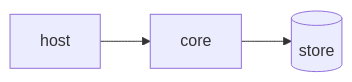
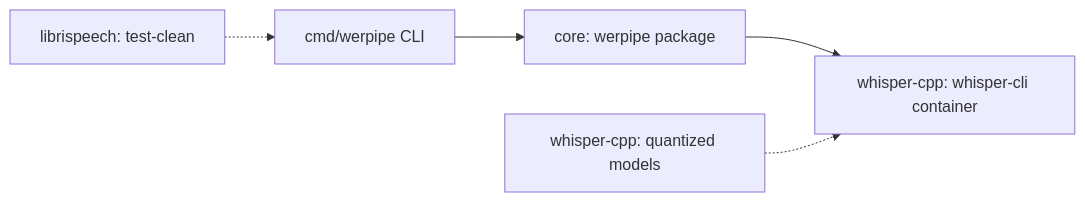
The diagram in docs/04-tradeoffs.md (yoarajota/concept-whisper-quantization-wer-degradation), drawn with Mermaid before and after one commit. The commit also changed other lines of this file and 9 other files, not shown here.

Commit message:
feat: add the container, CLI, and integration analysis

````diff
--- a/docs/04-tradeoffs.md
+++ b/docs/04-tradeoffs.md
@@ -17,5 +18,7 @@
 ```mermaid
 flowchart LR
-  core[core] --> store[(store)]
-  host[host] --> core
+  cli[cmd/werpipe CLI] --> core[core: werpipe package]
+  core --> whisper[whisper-cpp: whisper-cli container]
+  data[librispeech: test-clean] -.-> cli
+  models[whisper-cpp: quantized models] -.-> whisper
 ```
````
